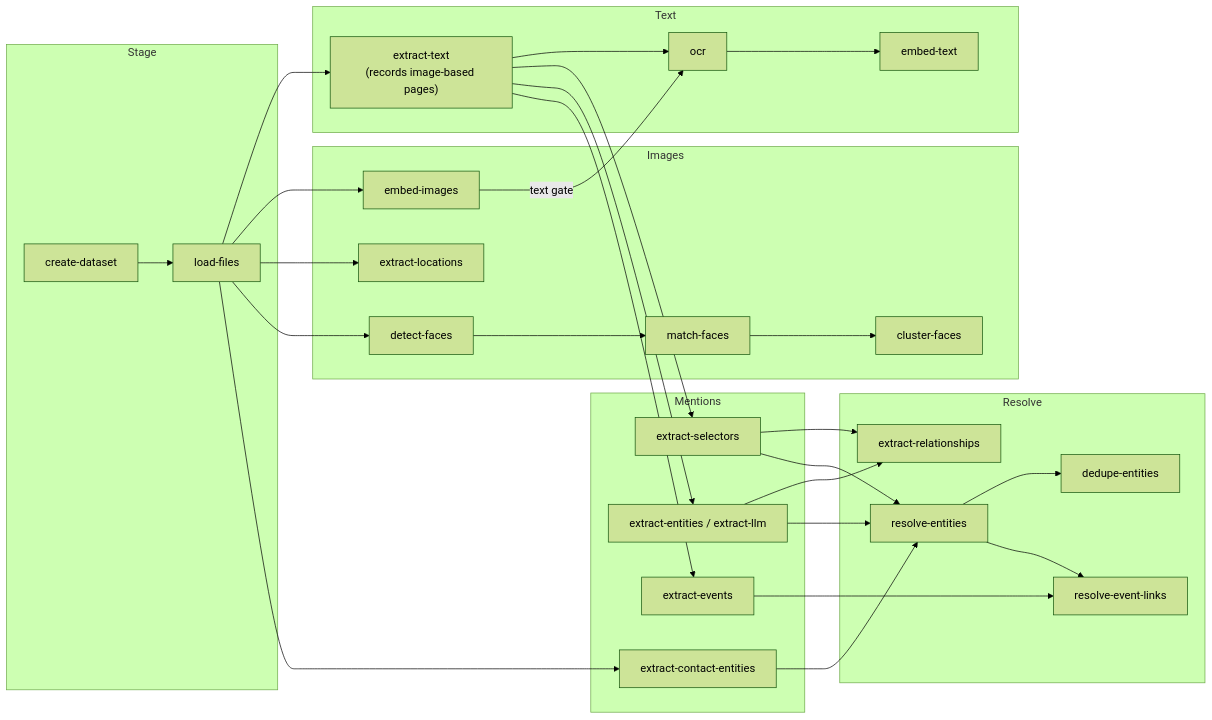
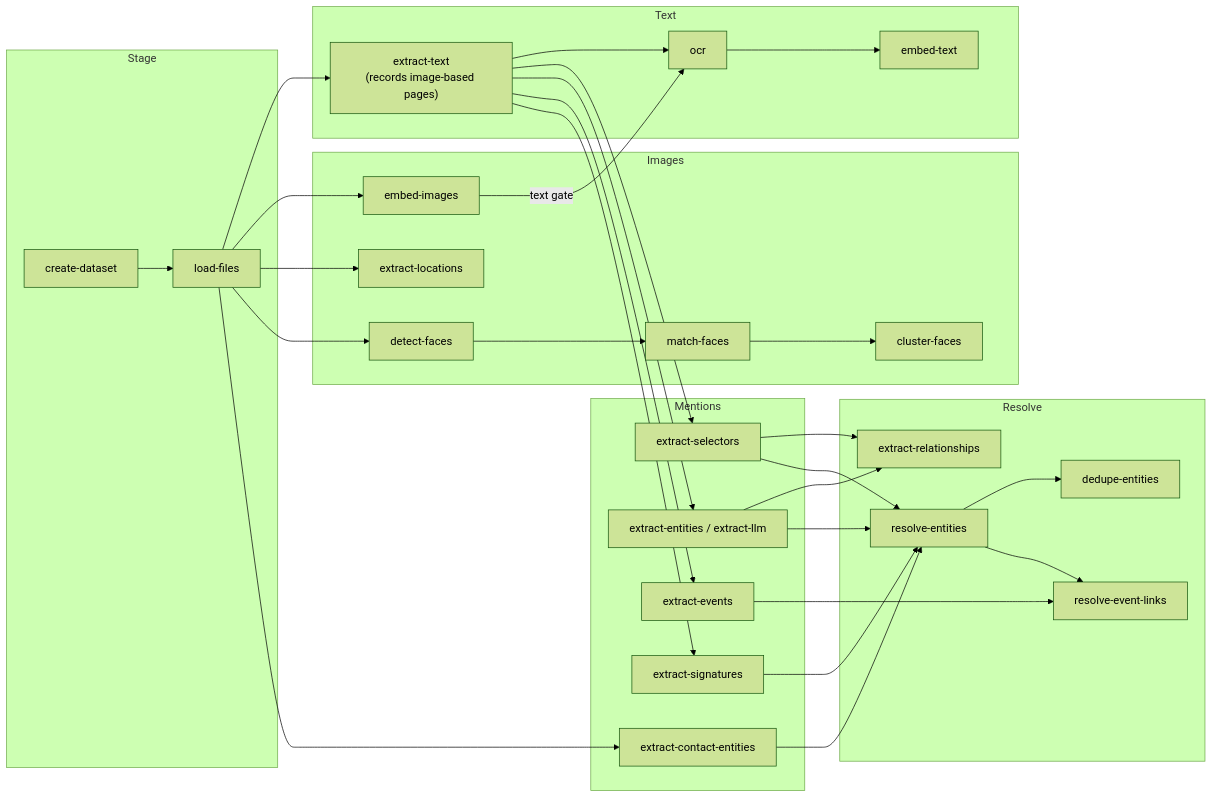
One commit to boltonn/cipher changed the diagram in cipher/docs/running-analytics.md. Above: the diagram before and after it, drawn with Mermaid (forest theme). The commit also changed other lines of this file and 107 other files, not shown here.

````diff
--- a/cipher/docs/running-analytics.md
+++ b/cipher/docs/running-analytics.md
@@ -63,31 +63,32 @@
 ```mermaid
 flowchart LR
   subgraph Stage
     A[create-dataset] --> B[load-files]
   end
   subgraph Text
     C["extract-text<br/>(records image-based pages)"] --> D[ocr] --> E[embed-text]
   end
   subgraph Images
     F[embed-images]
     G[extract-locations]
     H[detect-faces] --> I[match-faces] --> J[cluster-faces]
   end
   subgraph Mentions
     K[extract-selectors]
     L[extract-entities / extract-llm]
     M[extract-events]
     N[extract-contact-entities]
+    O[extract-signatures]
   end
   subgraph Resolve
     P[resolve-entities] --> Q[dedupe-entities]
     P --> R[resolve-event-links]
     S[extract-relationships]
   end
   B --> C & F & G & H & N
   F -- text gate --> D
-  C --> K & L & M
+  C --> K & L & M & O
   K & L --> S
-  K & L & N --> P
+  K & L & N & O --> P
   M --> R
 ```
````
